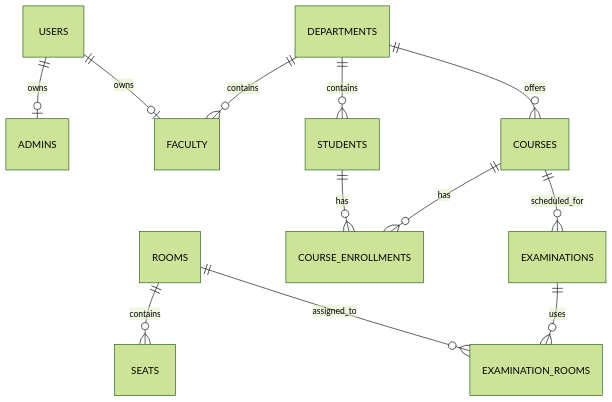
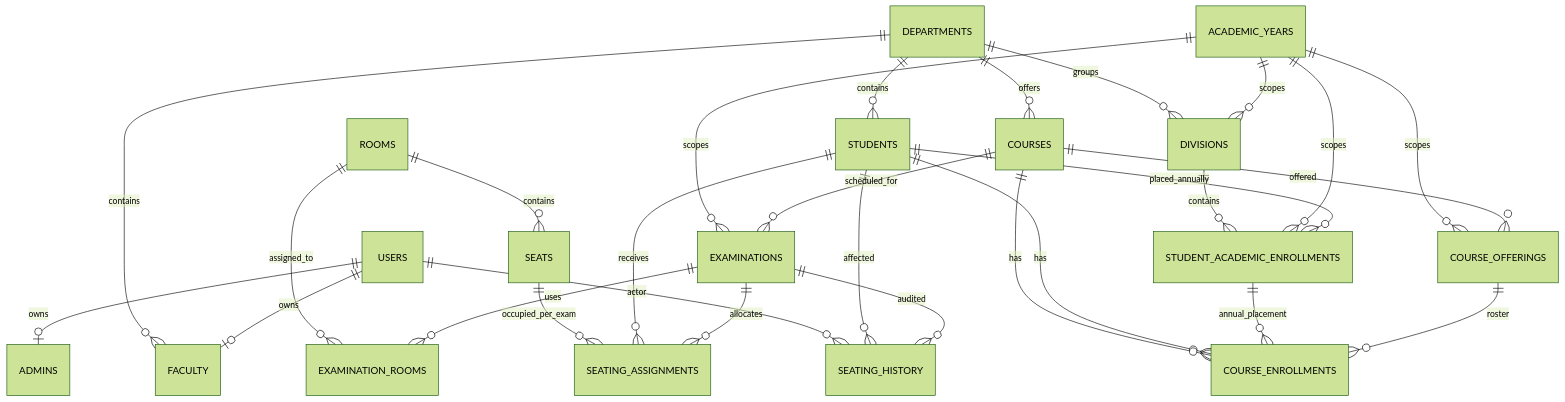
Before and after one commit to AltamashM7/student-seating-invigilator-system: the diagram in docs/diagrams/er-diagram.md, drawn with Mermaid (forest theme). The commit also changed other lines of this file and 166 other files, not shown here.

````diff
--- a/docs/diagrams/er-diagram.md
+++ b/docs/diagrams/er-diagram.md
@@ -3,14 +3,30 @@
 ```mermaid
 erDiagram
     USERS ||--o| ADMINS : owns
     USERS ||--o| FACULTY : owns
     DEPARTMENTS ||--o{ FACULTY : contains
     DEPARTMENTS ||--o{ STUDENTS : contains
     DEPARTMENTS ||--o{ COURSES : offers
+    ACADEMIC_YEARS ||--o{ DIVISIONS : scopes
+    DEPARTMENTS ||--o{ DIVISIONS : groups
+    STUDENTS ||--o{ STUDENT_ACADEMIC_ENROLLMENTS : placed_annually
+    ACADEMIC_YEARS ||--o{ STUDENT_ACADEMIC_ENROLLMENTS : scopes
+    DIVISIONS ||--o{ STUDENT_ACADEMIC_ENROLLMENTS : contains
+    COURSES ||--o{ COURSE_OFFERINGS : offered
+    ACADEMIC_YEARS ||--o{ COURSE_OFFERINGS : scopes
+    COURSE_OFFERINGS ||--o{ COURSE_ENROLLMENTS : roster
+    STUDENT_ACADEMIC_ENROLLMENTS ||--o{ COURSE_ENROLLMENTS : annual_placement
     ROOMS ||--o{ SEATS : contains
     STUDENTS ||--o{ COURSE_ENROLLMENTS : has
     COURSES ||--o{ COURSE_ENROLLMENTS : has
     COURSES ||--o{ EXAMINATIONS : scheduled_for
     EXAMINATIONS ||--o{ EXAMINATION_ROOMS : uses
     ROOMS ||--o{ EXAMINATION_ROOMS : assigned_to
+    ACADEMIC_YEARS ||--o{ EXAMINATIONS : scopes
+    EXAMINATIONS ||--o{ SEATING_ASSIGNMENTS : allocates
+    STUDENTS ||--o{ SEATING_ASSIGNMENTS : receives
+    SEATS ||--o{ SEATING_ASSIGNMENTS : occupied_per_exam
+    EXAMINATIONS ||--o{ SEATING_HISTORY : audited
+    STUDENTS ||--o{ SEATING_HISTORY : affected
+    USERS ||--o{ SEATING_HISTORY : actor
 ```
````
